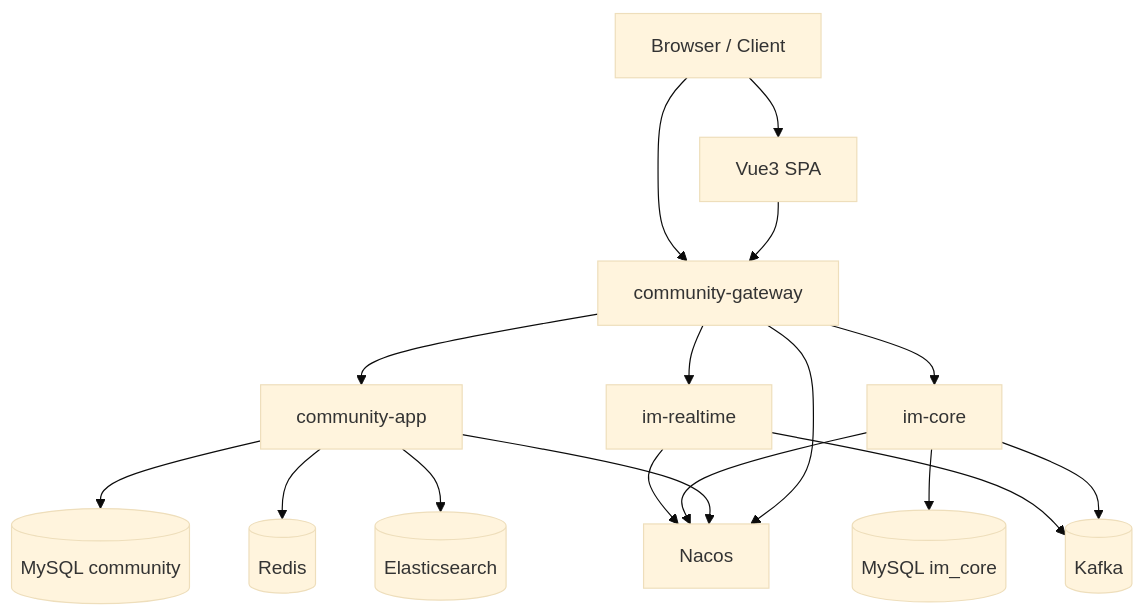
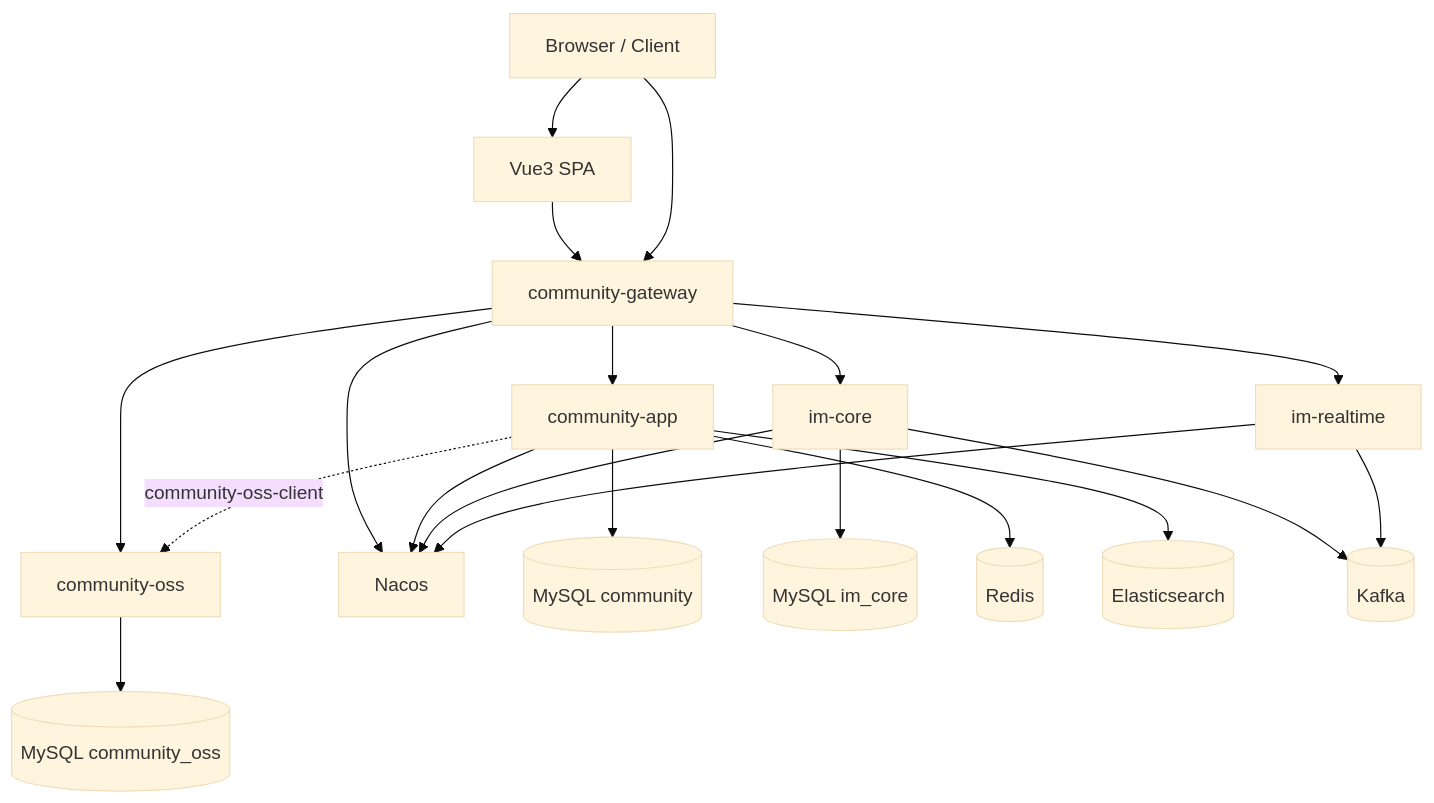
The diagram in docs/handbook/architecture.md (skt-shinyruo/community), drawn with Mermaid (base theme) before and after one commit. The commit also changed other lines of this file and 164 other files, not shown here.

Commit message:
feat: add community oss service

````diff
--- a/docs/handbook/architecture.md
+++ b/docs/handbook/architecture.md
@@ -18,20 +20,23 @@
 ```mermaid
 flowchart TD
     Browser[Browser / Client] --> FE[Vue3 SPA]
     FE --> GW[community-gateway]
     Browser --> GW
     GW --> APP[community-app]
+    GW --> OSS[community-oss]
     GW --> IMCORE[im-core]
     GW --> IMRT[im-realtime]
     GW --> NACOS[Nacos]
     APP --> NACOS
+    APP -. community-oss-client .-> OSS
     IMCORE --> NACOS
     IMRT --> NACOS
 
     APP --> MySQL[(MySQL community)]
+    OSS --> OSSDB[(MySQL community_oss)]
     IMCORE --> IMMySQL[(MySQL im_core)]
     APP --> Redis[(Redis)]
     APP --> ES[(Elasticsearch)]
     IMCORE --> Kafka[(Kafka)]
     IMRT --> Kafka
 ```
````
